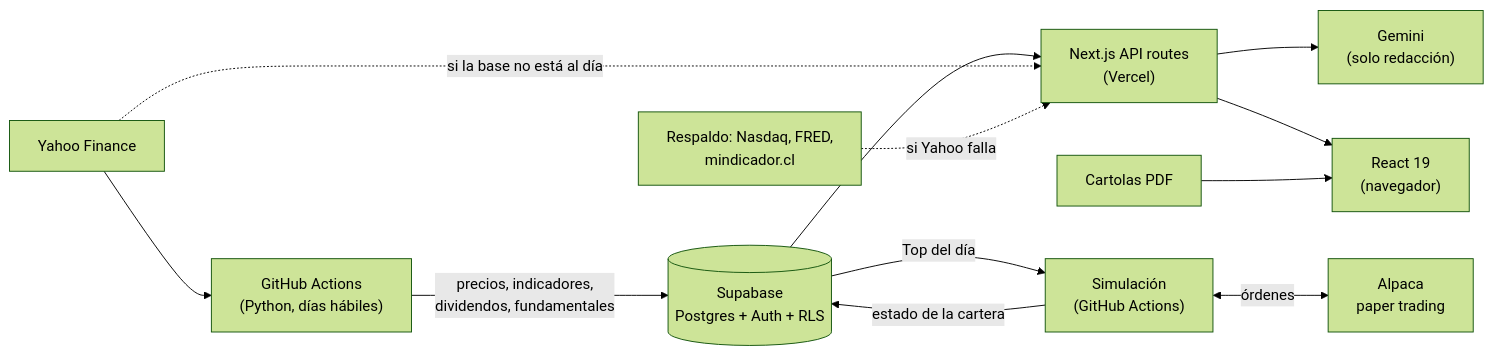
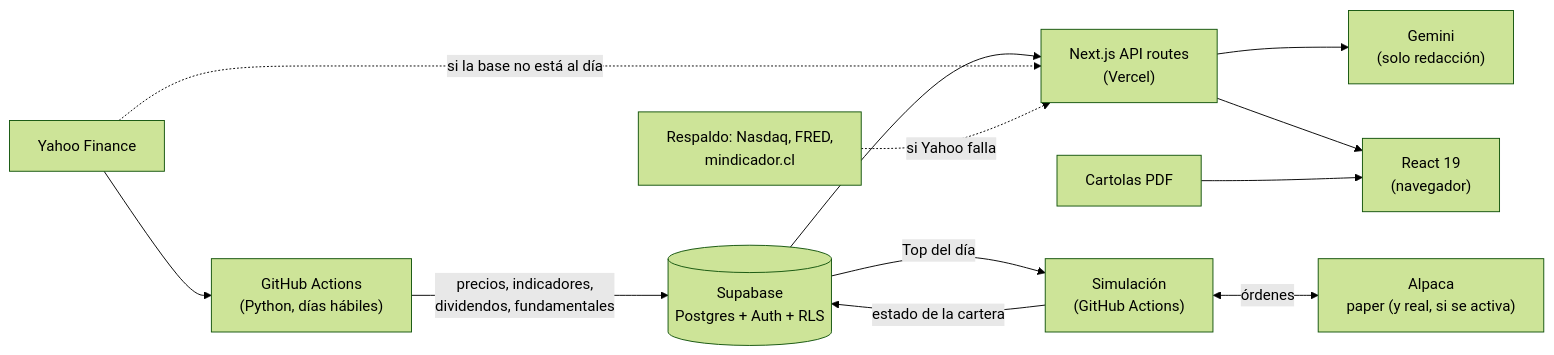
The diagram in README.md (SRodriguez-Data/OmniCapital), drawn with Mermaid (forest theme) before and after one commit. The commit also changed other lines of this file and 8 other files, not shown here.

First line of the commit message:
Let the Top v2 run on a real-money Alpaca account, off until switched on

````diff
--- a/README.md
+++ b/README.md
@@ -31,14 +31,14 @@
 ```mermaid
 flowchart LR
   GA["GitHub Actions<br/>(Python, días hábiles)"] -->|precios, indicadores,<br/>dividendos, fundamentales| DB[("Supabase<br/>Postgres + Auth + RLS")]
   Y["Yahoo Finance"] --> GA
   DB --> API["Next.js API routes<br/>(Vercel)"]
   Y -. "si la base no está al día" .-> API
   R["Respaldo: Nasdaq, FRED,<br/>mindicador.cl"] -. "si Yahoo falla" .-> API
   API --> IA["Gemini<br/>(solo redacción)"]
   API --> UI["React 19<br/>(navegador)"]
   PDF["Cartolas PDF"] --> UI
   DB -->|Top del día| PT["Simulación<br/>(GitHub Actions)"]
-  PT <-->|órdenes| AL["Alpaca<br/>paper trading"]
+  PT <-->|órdenes| AL["Alpaca<br/>paper (y real, si se activa)"]
   PT -->|estado de la cartera| DB
 ```
````
